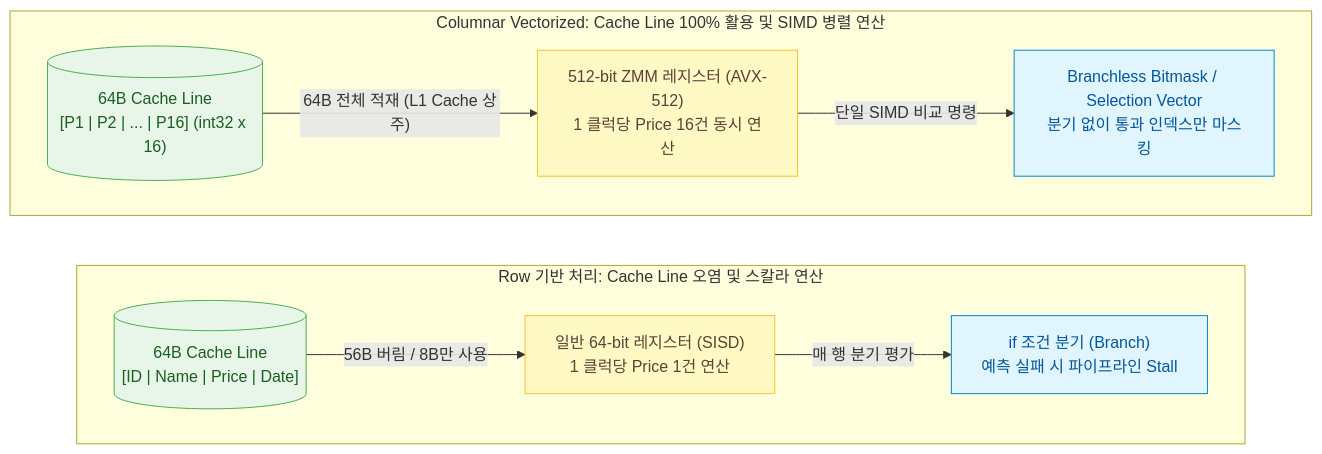
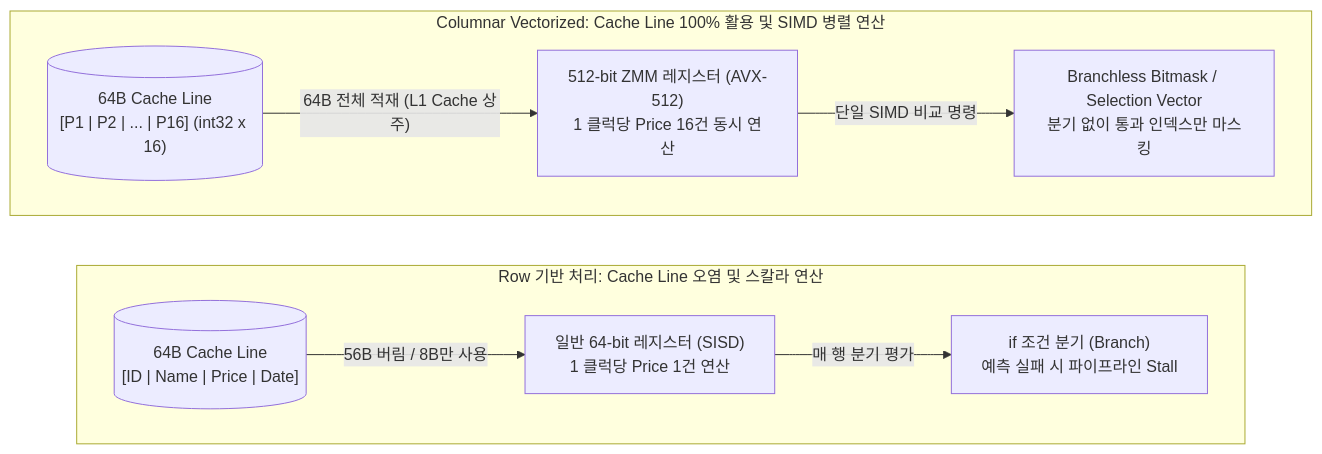
One commit to djpibo/djpibo.github.io changed the ninth of 11 diagrams in docs/dbms/distributed/mapreduce-spark-and-distributed-db-internals.md. Above: the diagram before and after it, drawn with Mermaid. The commit also changed other lines of this file and 8 other files, not shown here.

Commit message:
style(mermaid): unify all diagrams to monochrome and remove colored rect boxes

````diff
--- a/docs/dbms/distributed/mapreduce-spark-and-distributed-db-internals.md
+++ b/docs/dbms/distributed/mapreduce-spark-and-distributed-db-internals.md
@@ -433,24 +405,21 @@
 ```mermaid
 flowchart LR
-    classDef storage fill:#E8F5E9,stroke:#4CAF50,color:#1B5E20;
-    classDef process fill:#FFF9C4,stroke:#FBC02D,color:#5D4037;
-    classDef cloud fill:#E1F5FE,stroke:#0288D1,color:#01579B;
 
     subgraph ROW_MODE ["Row 기반 처리: Cache Line 오염 및 스칼라 연산"]
         direction LR
-        R_MEM[("64B Cache Line<br/>[ID | Name | Price | Date]")]:::storage
-        R_ALU["일반 64-bit 레지스터 (SISD)<br/>1 클럭당 Price 1건 연산"]:::process
-        R_BR["if 조건 분기 (Branch)<br/>예측 실패 시 파이프라인 Stall"]:::cloud
+        R_MEM[("64B Cache Line<br/>[ID | Name | Price | Date]")]
+        R_ALU["일반 64-bit 레지스터 (SISD)<br/>1 클럭당 Price 1건 연산"]
+        R_BR["if 조건 분기 (Branch)<br/>예측 실패 시 파이프라인 Stall"]
         R_MEM -->|"56B 버림 / 8B만 사용"| R_ALU
         R_ALU -->|"매 행 분기 평가"| R_BR
     end
 
     subgraph VEC_MODE ["Columnar Vectorized: Cache Line 100% 활용 및 SIMD 병렬 연산"]
         direction LR
-        C_MEM[("64B Cache Line<br/>[P1 | P2 | ... | P16] (int32 x 16)")]:::storage
-        C_SIMD["512-bit ZMM 레지스터 (AVX-512)<br/>1 클럭당 Price 16건 동시 연산"]:::process
-        C_MASK["Branchless Bitmask / Selection Vector<br/>분기 없이 통과 인덱스만 마스킹"]:::cloud
+        C_MEM[("64B Cache Line<br/>[P1 | P2 | ... | P16] (int32 x 16)")]
+        C_SIMD["512-bit ZMM 레지스터 (AVX-512)<br/>1 클럭당 Price 16건 동시 연산"]
+        C_MASK["Branchless Bitmask / Selection Vector<br/>분기 없이 통과 인덱스만 마스킹"]
         C_MEM -->|"64B 전체 적재 (L1 Cache 상주)"| C_SIMD
         C_SIMD -->|"단일 SIMD 비교 명령"| C_MASK
     end
 ```
````
